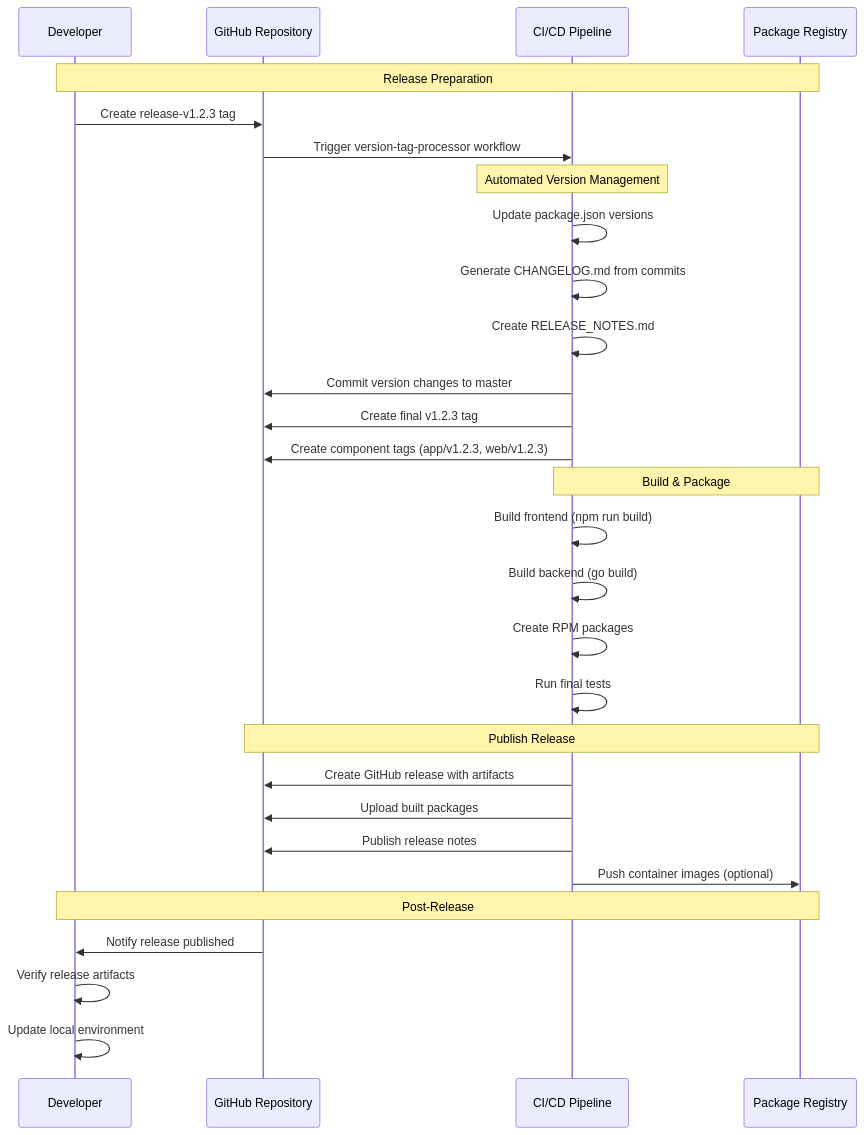
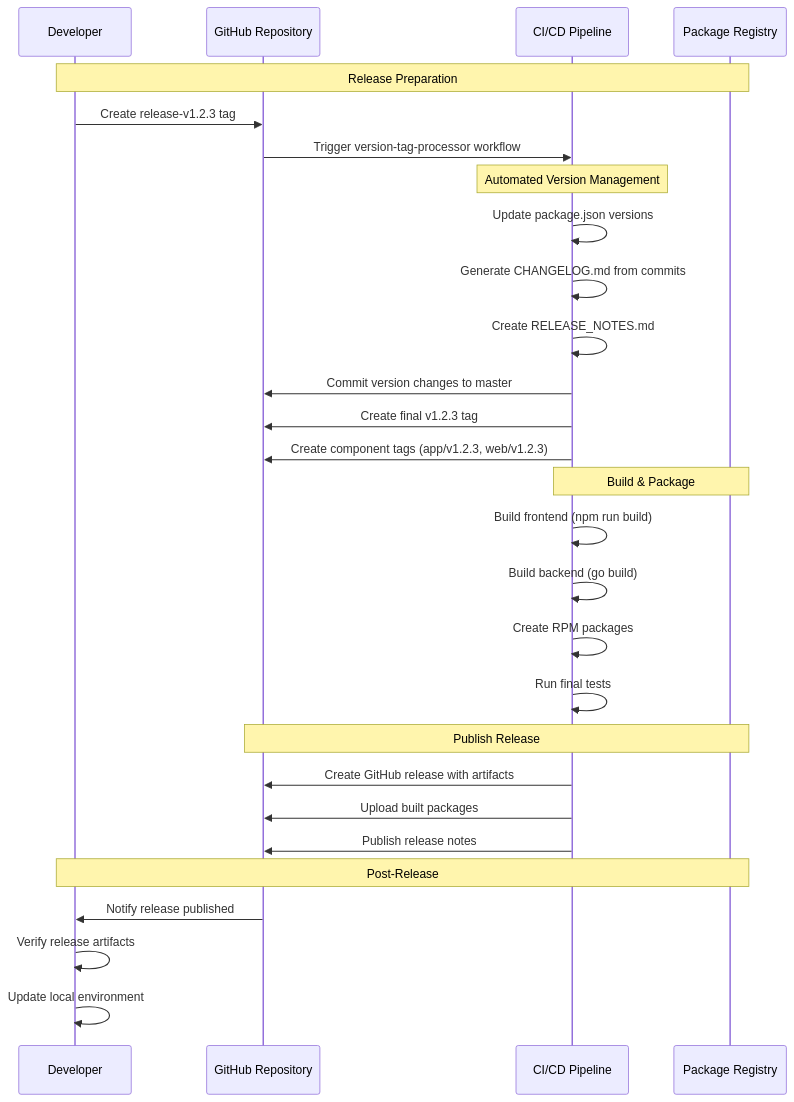
The third of 3 diagrams in docs/DEVELOPMENT.md (AnarManafov/dataharbor), drawn with Mermaid before and after one commit. The commit also changed 55 other files, not shown here.

````diff
--- a/docs/DEVELOPMENT.md
+++ b/docs/DEVELOPMENT.md
@@ -102,36 +102,35 @@
 ```mermaid
 sequenceDiagram
     participant Dev as Developer
     participant GitHub as GitHub Repository
     participant CI as CI/CD Pipeline
     participant Registry as Package Registry
     
     Note over Dev,Registry: Release Preparation
     Dev->>GitHub: Create release-v1.2.3 tag
     GitHub->>CI: Trigger version-tag-processor workflow
     
     Note over CI: Automated Version Management
     CI->>CI: Update package.json versions
     CI->>CI: Generate CHANGELOG.md from commits
     CI->>CI: Create RELEASE_NOTES.md
     CI->>GitHub: Commit version changes to master
     CI->>GitHub: Create final v1.2.3 tag
     CI->>GitHub: Create component tags (app/v1.2.3, web/v1.2.3)
     
     Note over CI,Registry: Build & Package
     CI->>CI: Build frontend (npm run build)
     CI->>CI: Build backend (go build)
     CI->>CI: Create RPM packages
     CI->>CI: Run final tests
     
     Note over GitHub,Registry: Publish Release
     CI->>GitHub: Create GitHub release with artifacts
     CI->>GitHub: Upload built packages
     CI->>GitHub: Publish release notes
-    CI->>Registry: Push container images (optional)
     
     Note over Dev,Registry: Post-Release
     GitHub->>Dev: Notify release published
     Dev->>Dev: Verify release artifacts
     Dev->>Dev: Update local environment
 ```
````
